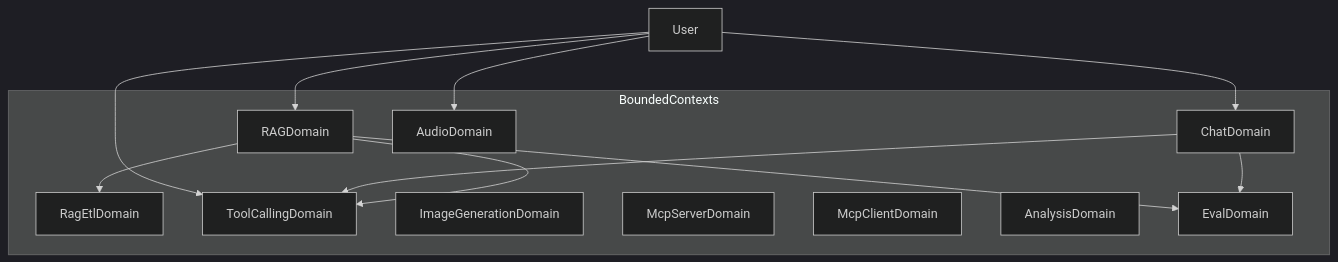
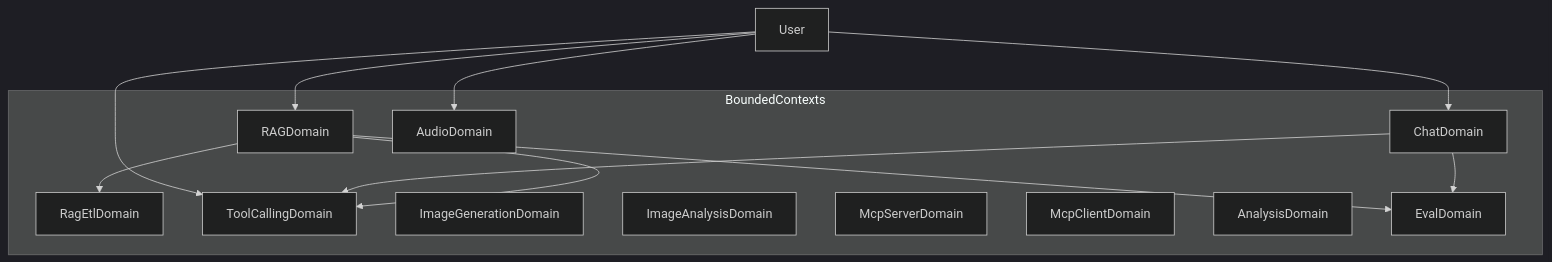
One commit to felixzhu97/explore-ai changed the diagram in docs/Domain-Glossary.md. Above: the diagram before and after it, drawn with Mermaid (dark theme). The commit also changed other lines of this file and 2 other files, not shown here.

First line of the commit message:
docs: update domain glossary and planned nav keys (AI-118)

````diff
--- a/docs/Domain-Glossary.md
+++ b/docs/Domain-Glossary.md
@@ -45,24 +59,25 @@
 ```mermaid
 flowchart TB
   subgraph contexts [BoundedContexts]
     Chat[ChatDomain]
     RAG[RAGDomain]
     RagEtl[RagEtlDomain]
     Tools[ToolCallingDomain]
     Image[ImageGenerationDomain]
+    Vision[ImageAnalysisDomain]
     Audio[AudioDomain]
     McpServer[McpServerDomain]
     McpClient[McpClientDomain]
     Analysis[AnalysisDomain]
     Eval[EvalDomain]
   end
   User[User] --> Chat
   User --> RAG
   User --> Tools
   User --> Audio
   Chat --> Tools
   RAG --> RagEtl
   RAG --> Tools
   RAG --> Eval
   Chat --> Eval
 ```
````
